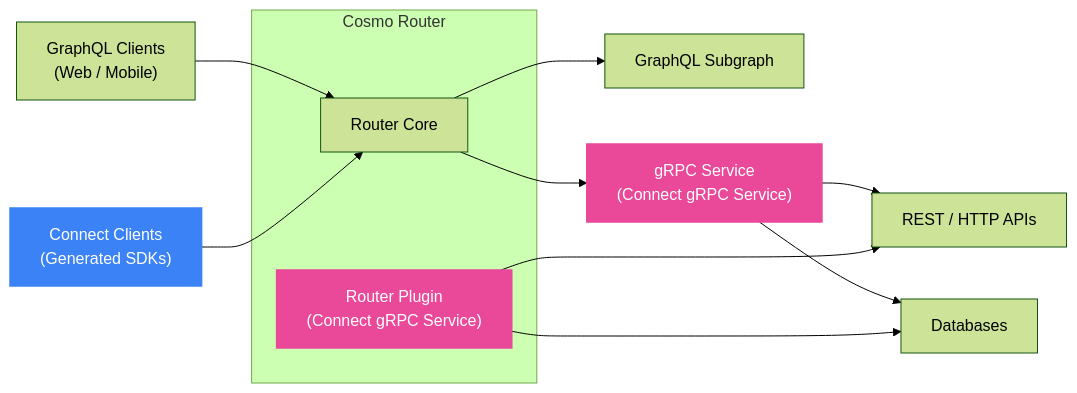
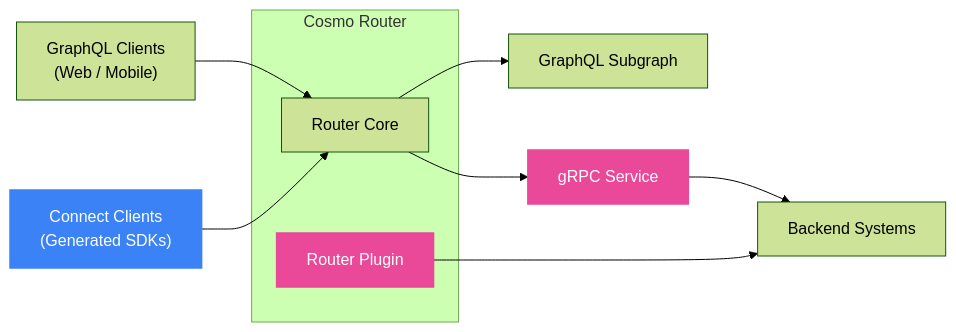
Before and after one commit to wundergraph/cosmo-docs: the diagram in docs/connect/overview.mdx, drawn with Mermaid (forest theme). The commit also changed other lines of this file, not shown here.

````diff
--- a/docs/connect/overview.mdx
+++ b/docs/connect/overview.mdx
@@ -84,28 +42,25 @@
 ```mermaid
 graph LR
   client["GraphQL Clients<br/>(Web / Mobile)"] --> routerCore["Router Core"]
   connectClient["Connect Clients<br/>(Generated SDKs)"] --> routerCore
 
   subgraph routerBox["Cosmo Router"]
     routerCore
-    plugin["Router Plugin<br/>(Connect gRPC Service)"]
+    plugin["Router Plugin"]
   end
 
   routerCore --> subA["GraphQL Subgraph"]
-  routerCore --> grpcSvc["gRPC Service<br/>(Connect gRPC Service)"]
+  routerCore --> grpcSvc["gRPC Service"]
 
-  grpcSvc --> restA["REST / HTTP APIs"]
-  grpcSvc --> soapA["Databases"]
-
-  plugin --> restA
-  plugin --> soapA
+  grpcSvc --> backend["Backend Systems"]
+  plugin --> backend
 
   %% Styling
   classDef grpcFill fill:#ea4899,stroke:#ea4899,stroke-width:1.5px,color:#ffffff;
   classDef pluginFill fill:#ea4899,stroke:#ea4899,stroke-width:1.5px,color:#ffffff;
   classDef clientFill fill:#3b82f6,stroke:#3b82f6,stroke-width:1.5px,color:#ffffff;
   
   class grpcSvc grpcFill;
   class plugin pluginFill;
   class connectClient clientFill;
 ```
````
